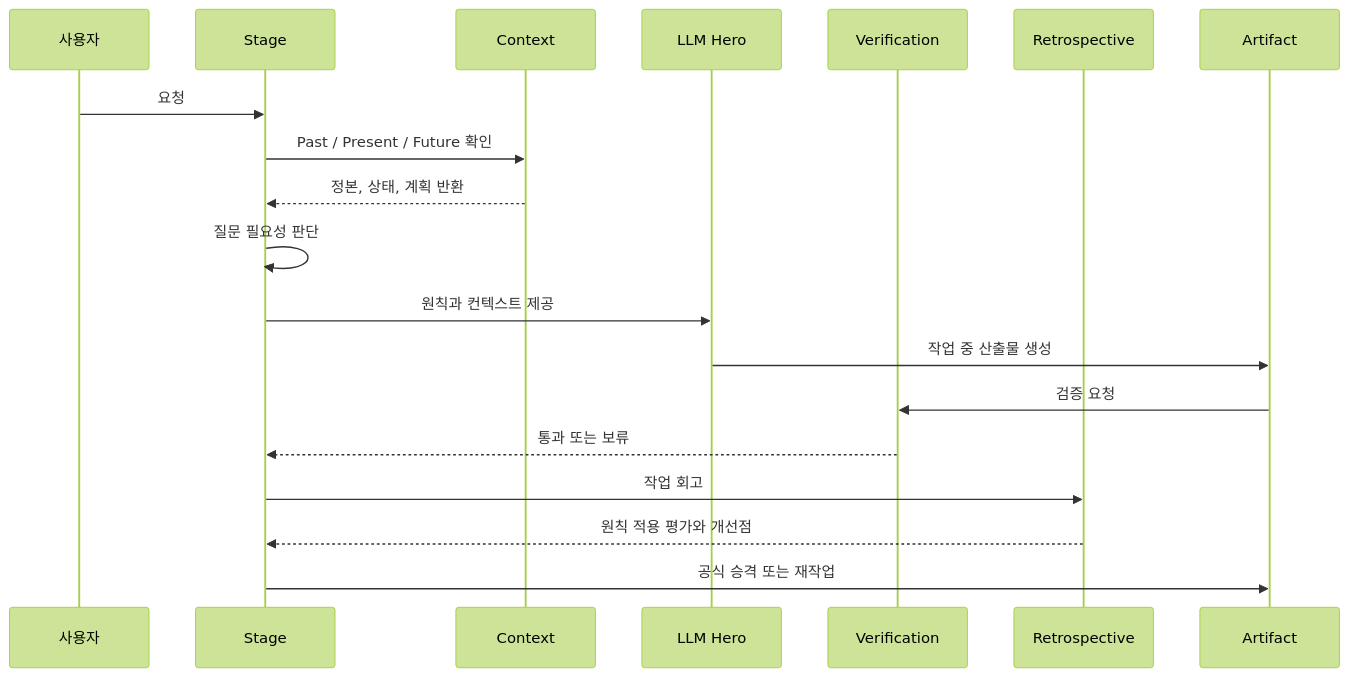
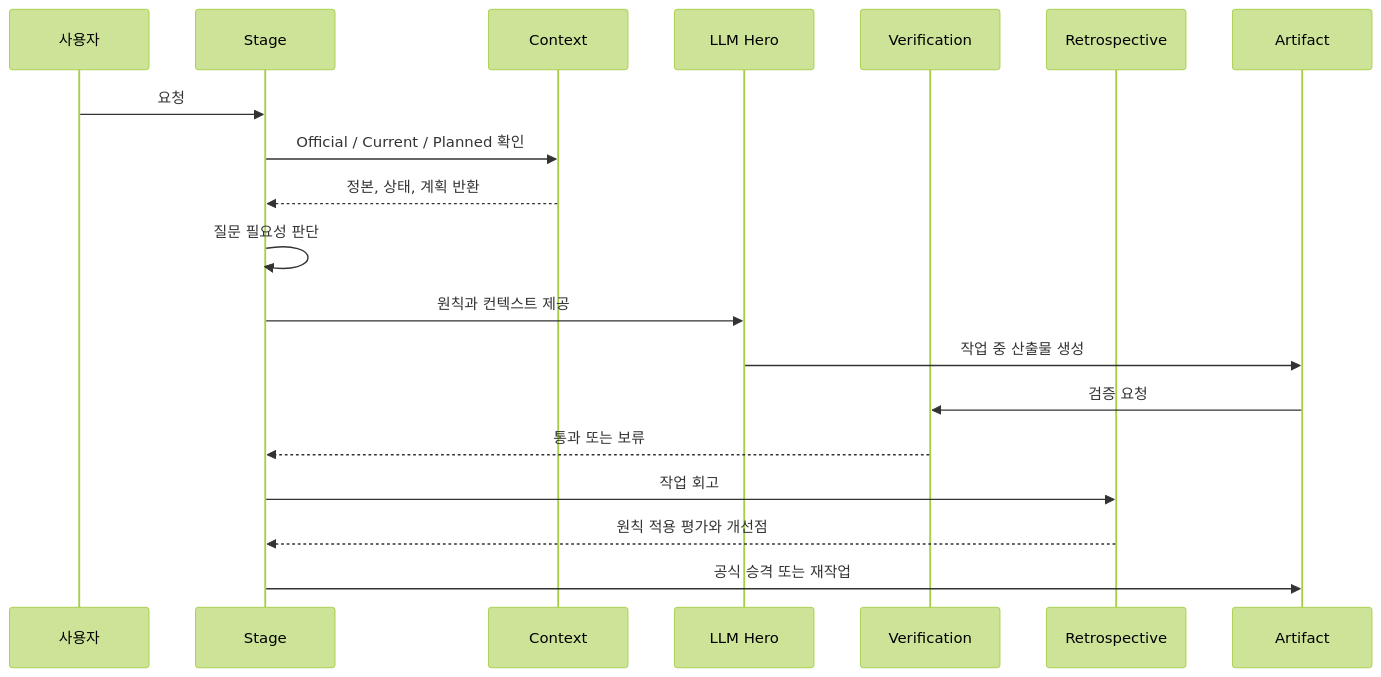
The seventh of 16 diagrams in stage/docs/BLUEPRINT.md (noory-code/noory-ai), drawn with Mermaid (forest theme) before and after one commit. The commit also changed other lines of this file and 12 other files, not shown here.

First line of the commit message:
docs(stage): rewrite concept-layer docs to schema v4 vocabulary (C9, W-00000039)

````diff
--- a/stage/docs/BLUEPRINT.md
+++ b/stage/docs/BLUEPRINT.md
@@ -201,22 +192,22 @@
 ```mermaid
 sequenceDiagram
   participant User as 사용자
   participant Stage as Stage
   participant Context as Context
   participant Hero as LLM Hero
   participant Verify as Verification
   participant Retro as Retrospective
   participant Artifact as Artifact
 
   User->>Stage: 요청
-  Stage->>Context: Past / Present / Future 확인
+  Stage->>Context: Official / Current / Planned 확인
   Context-->>Stage: 정본, 상태, 계획 반환
   Stage->>Stage: 질문 필요성 판단
   Stage->>Hero: 원칙과 컨텍스트 제공
   Hero->>Artifact: 작업 중 산출물 생성
   Artifact->>Verify: 검증 요청
   Verify-->>Stage: 통과 또는 보류
   Stage->>Retro: 작업 회고
   Retro-->>Stage: 원칙 적용 평가와 개선점
   Stage->>Artifact: 공식 승격 또는 재작업
 ```
````
